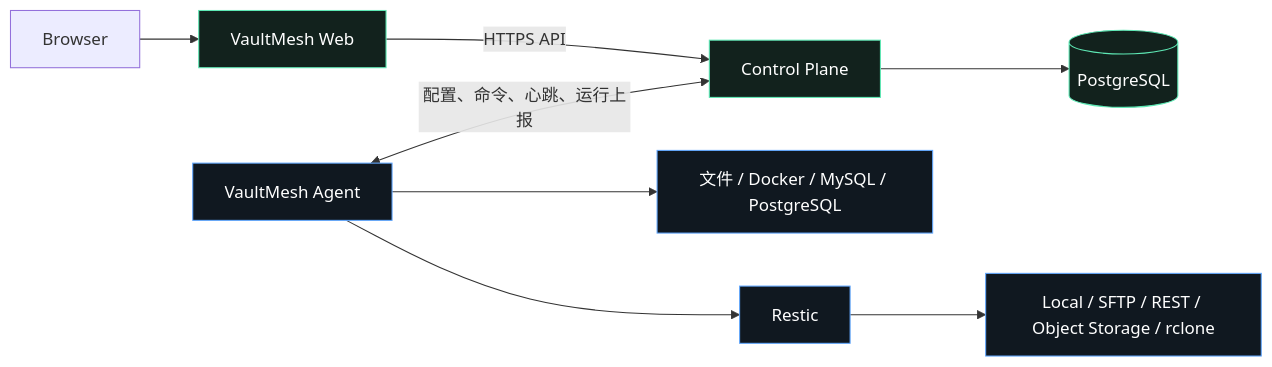
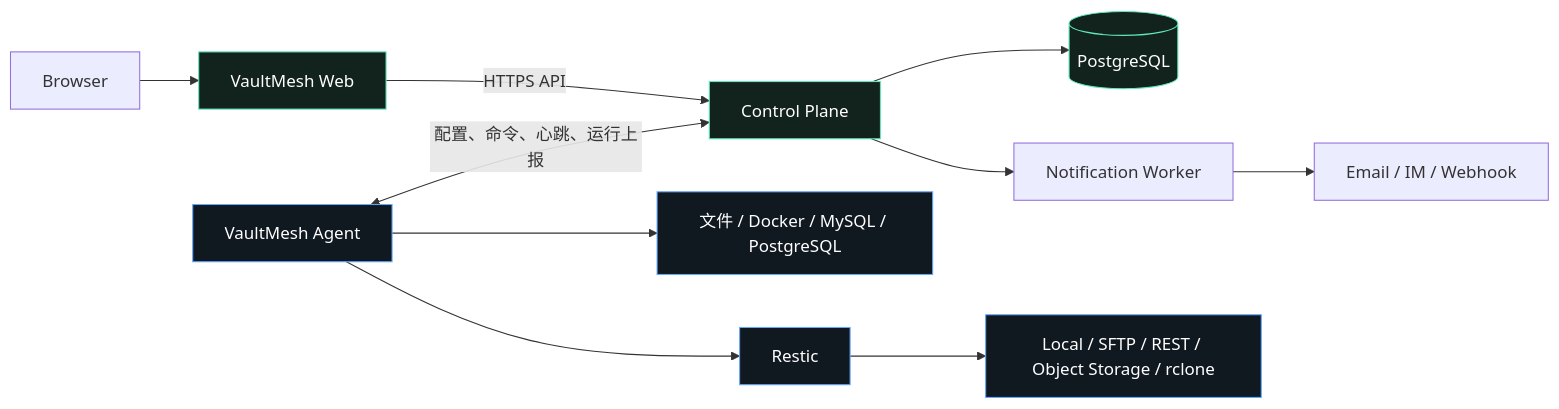
Before and after one commit to to-alan/VaultMesh: the diagram in README.md, drawn with Mermaid. The commit also changed other lines of this file and 29 other files, not shown here.

````diff
--- a/README.md
+++ b/README.md
@@ -59,16 +62,18 @@
 ```mermaid
 flowchart LR
     B["Browser"] --> W["VaultMesh Web"]
     W -->|"HTTPS API"| C["Control Plane"]
     C --> P[("PostgreSQL")]
+    C --> N["Notification Worker"]
+    N --> T["Email / IM / Webhook"]
 
     A["VaultMesh Agent"] <-->|"配置、命令、心跳、运行上报"| C
     A --> S["文件 / Docker / MySQL / PostgreSQL"]
     A --> R["Restic"]
     R --> O["Local / SFTP / REST / Object Storage / rclone"]
 
     classDef control fill:#12221d,stroke:#5ee9b5,color:#ffffff;
     classDef data fill:#101820,stroke:#62a8ff,color:#ffffff;
     class C,W,P control;
     class A,S,R,O data;
 ```
````
